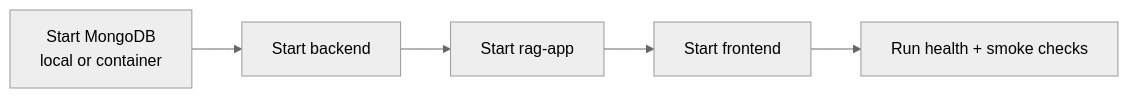
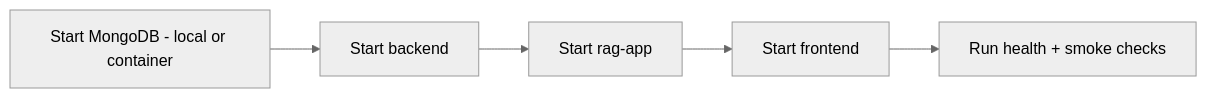
The fourth of 8 diagrams in QUICKSTART.md (yamposskype/AI-RAG-LangChain), drawn with Mermaid (neutral theme) before and after one commit. The commit also changed other lines of this file and 11 other files, not shown here.

````diff
--- a/QUICKSTART.md
+++ b/QUICKSTART.md
@@ -245,7 +245,7 @@
 ```mermaid
 flowchart LR
-    A[Start MongoDB\nlocal or container] --> B[Start backend]
+    A[Start MongoDB - local or container] --> B[Start backend]
     B --> C[Start rag-app]
     C --> D[Start frontend]
     D --> E[Run health + smoke checks]
 ```
````
